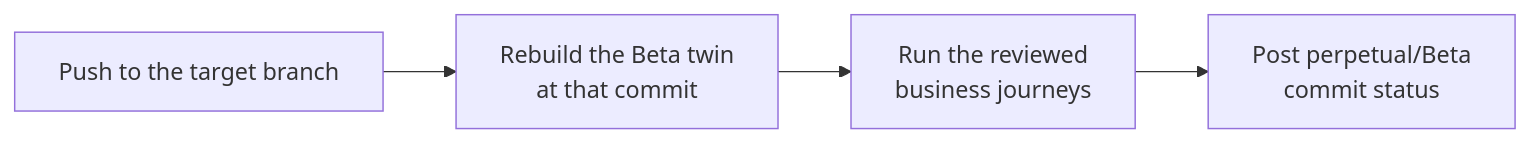
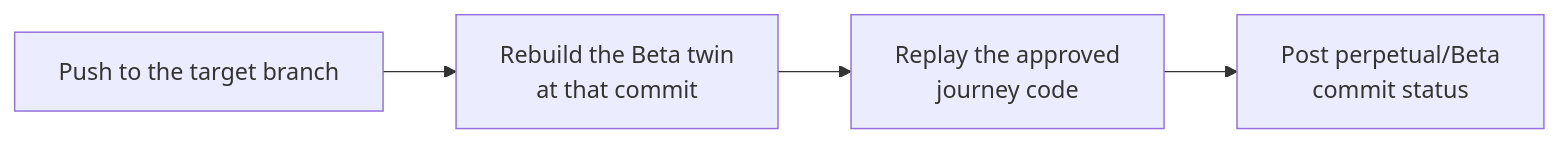
Before and after one commit to glennlzl/Perpetual-CI-CD: the diagram in README.md, drawn with Mermaid. The commit also changed other lines of this file and 450 other files, not shown here.

First line of the commit message:
Move to TypeScript and replay approved Playwright code in the gate

````diff
--- a/README.md
+++ b/README.md
@@ -28,6 +28,6 @@
 ```mermaid
 flowchart LR
   push["Push to the target branch"] --> twin["Rebuild the Beta twin<br/>at that commit"]
-  twin --> journeys["Run the reviewed<br/>business journeys"]
+  twin --> journeys["Replay the approved<br/>journey code"]
   journeys --> status["Post perpetual/Beta<br/>commit status"]
 ```
````
